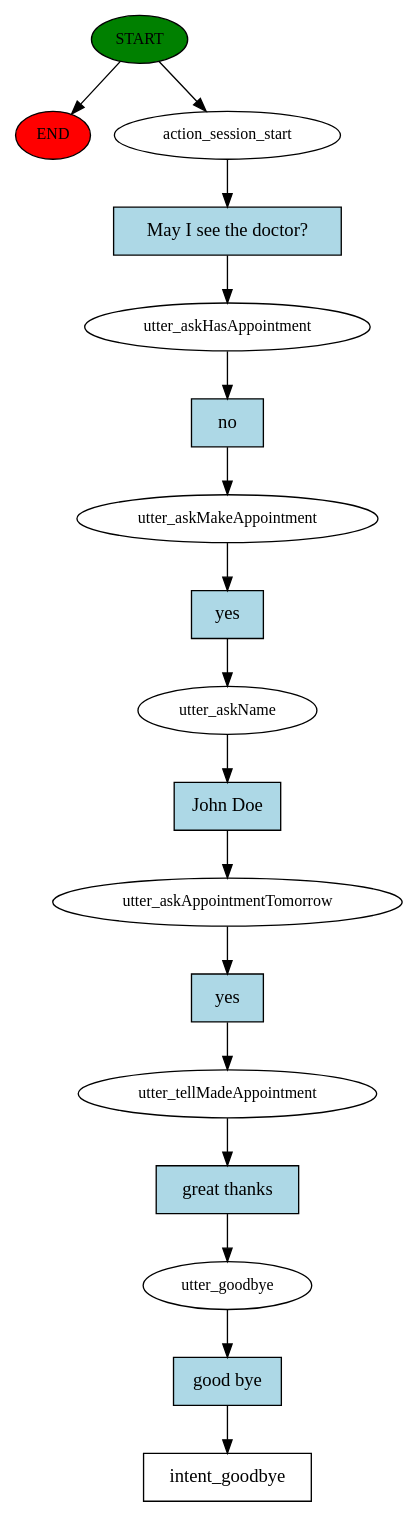
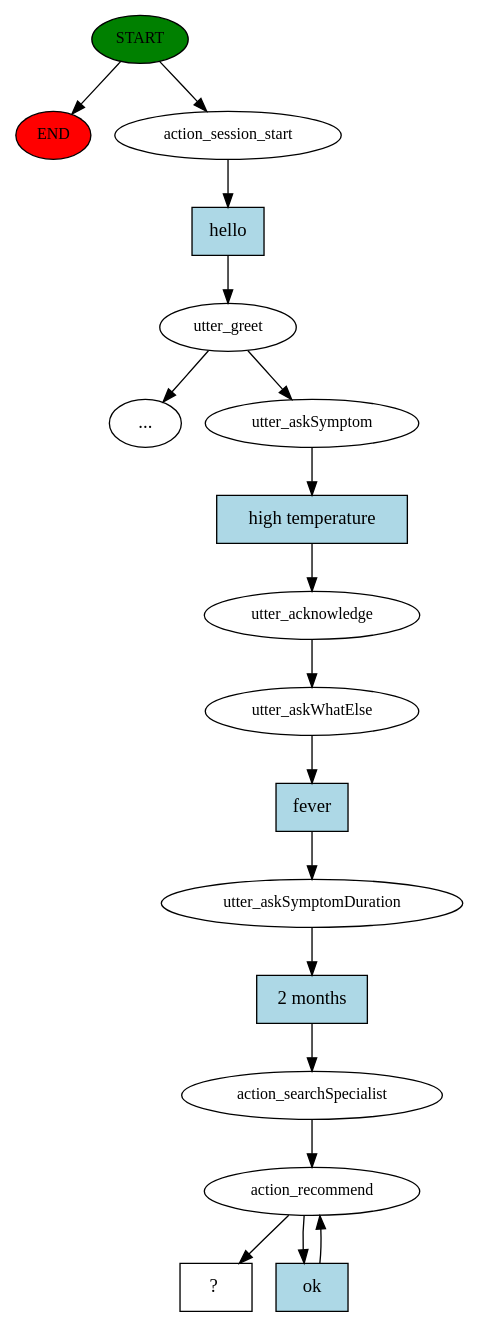
Before and after one commit to ithacan/TutorBot_EN_Mod2: the diagram in story_graph.dot, drawn with Graphviz. The commit also changed 6 other files, not shown here.

```diff
--- a/story_graph.dot
+++ b/story_graph.dot
@@ -1,35 +1,36 @@
 digraph  {
 0 [class="start active", fillcolor=green, fontsize=12, label=START, style=filled];
 "-1" [class=end, fillcolor=red, fontsize=12, label=END, style=filled];
 1 [class=active, fontsize=12, label=action_session_start];
-2 [class=active, fontsize=12, label=utter_askHasAppointment];
-3 [class=active, fontsize=12, label=utter_askMakeAppointment];
-4 [class=active, fontsize=12, label=utter_askName];
-5 [class=active, fontsize=12, label=utter_askAppointmentTomorrow];
-6 [class=active, fontsize=12, label=utter_tellMadeAppointment];
-7 [class=active, fontsize=12, label=utter_goodbye];
-8 [class="intent dashed active", label=intent_goodbye, shape=rect];
-9 [class="intent active", fillcolor=lightblue, label="May I see the doctor?", shape=rect, style=filled];
-10 [class="intent active", fillcolor=lightblue, label=no, shape=rect, style=filled];
-11 [class="intent active", fillcolor=lightblue, label=yes, shape=rect, style=filled];
-12 [class="intent active", fillcolor=lightblue, label="John Doe", shape=rect, style=filled];
-13 [class="intent active", fillcolor=lightblue, label=yes, shape=rect, style=filled];
-14 [class="intent active", fillcolor=lightblue, label="great thanks", shape=rect, style=filled];
-15 [class="intent active", fillcolor=lightblue, label="good bye", shape=rect, style=filled];
+2 [class=active, fontsize=12, label=utter_greet];
+"-3" [class=ellipsis, label="..."];
+5 [class=active, fontsize=12, label=utter_askSymptom];
+6 [class=active, fontsize=12, label=utter_acknowledge];
+7 [class=active, fontsize=12, label=utter_askWhatElse];
+8 [class=active, fontsize=12, label=utter_askSymptomDuration];
+9 [class=active, fontsize=12, label=action_searchSpecialist];
+10 [class=active, fontsize=12, label=action_recommend];
+12 [class="intent dashed active", label="  ?  ", shape=rect];
+13 [class="intent active", fillcolor=lightblue, label=hello, shape=rect, style=filled];
+14 [class="intent active", fillcolor=lightblue, label="high temperature", shape=rect, style=filled];
+15 [class="intent active", fillcolor=lightblue, label=fever, shape=rect, style=filled];
+16 [class="intent active", fillcolor=lightblue, label="2 months", shape=rect, style=filled];
+17 [class="intent active", fillcolor=lightblue, label=ok, shape=rect, style=filled];
 0 -> "-1"  [class="", key=NONE, label=""];
 0 -> 1  [class=active, key=NONE, label=""];
-1 -> 9  [class=active, key=0];
-2 -> 10  [class=active, key=0];
-3 -> 11  [class=active, key=0];
-4 -> 12  [class=active, key=0];
-5 -> 13  [class=active, key=0];
-6 -> 14  [class=active, key=0];
+1 -> 13  [class=active, key=0];
+2 -> "-3"  [class="", key=NONE, label=""];
+2 -> 5  [class=active, key=NONE, label=""];
+5 -> 14  [class=active, key=0];
+6 -> 7  [class=active, key=NONE, label=""];
 7 -> 15  [class=active, key=0];
-9 -> 2  [class=active, key=0];
-10 -> 3  [class=active, key=0];
-11 -> 4  [class=active, key=0];
-12 -> 5  [class=active, key=0];
-13 -> 6  [class=active, key=0];
-14 -> 7  [class=active, key=0];
+8 -> 16  [class=active, key=0];
+9 -> 10  [class=active, key=NONE, label=""];
+10 -> 12  [class=active, key=NONE, label=""];
+10 -> 17  [class=active, key=0];
+13 -> 2  [class=active, key=0];
+14 -> 6  [class=active, key=0];
 15 -> 8  [class=active, key=0];
+16 -> 9  [class=active, key=0];
+17 -> 10  [class=active, key=0];
 }
```
